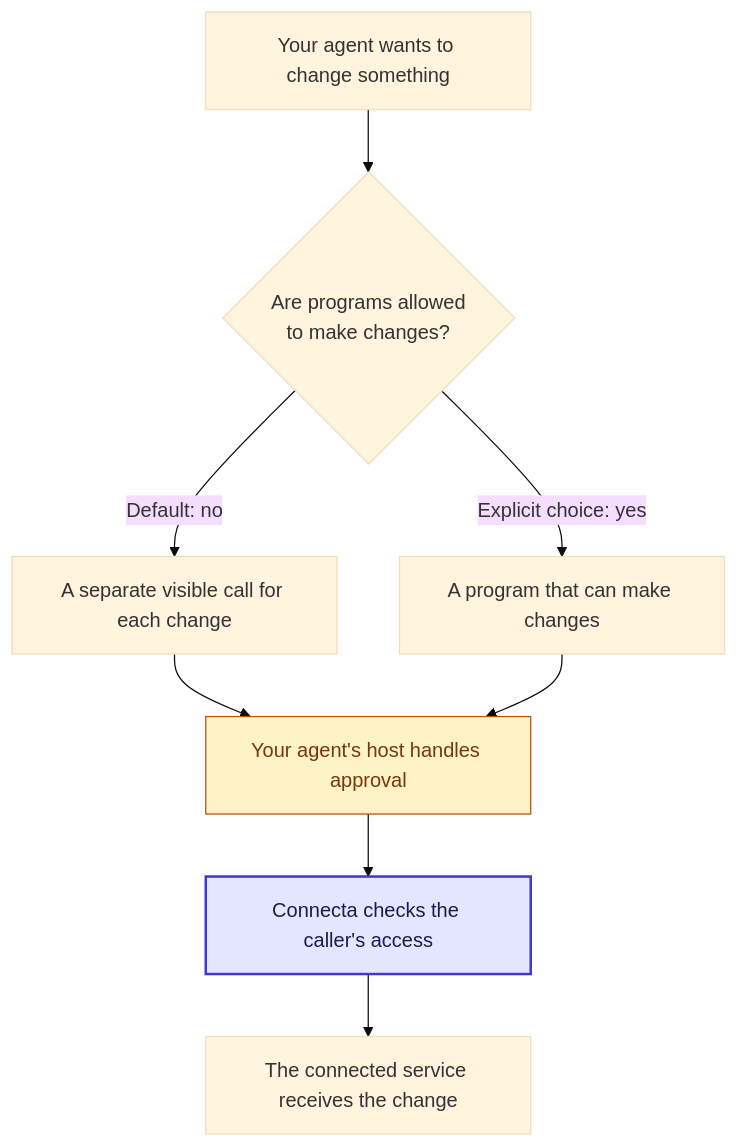
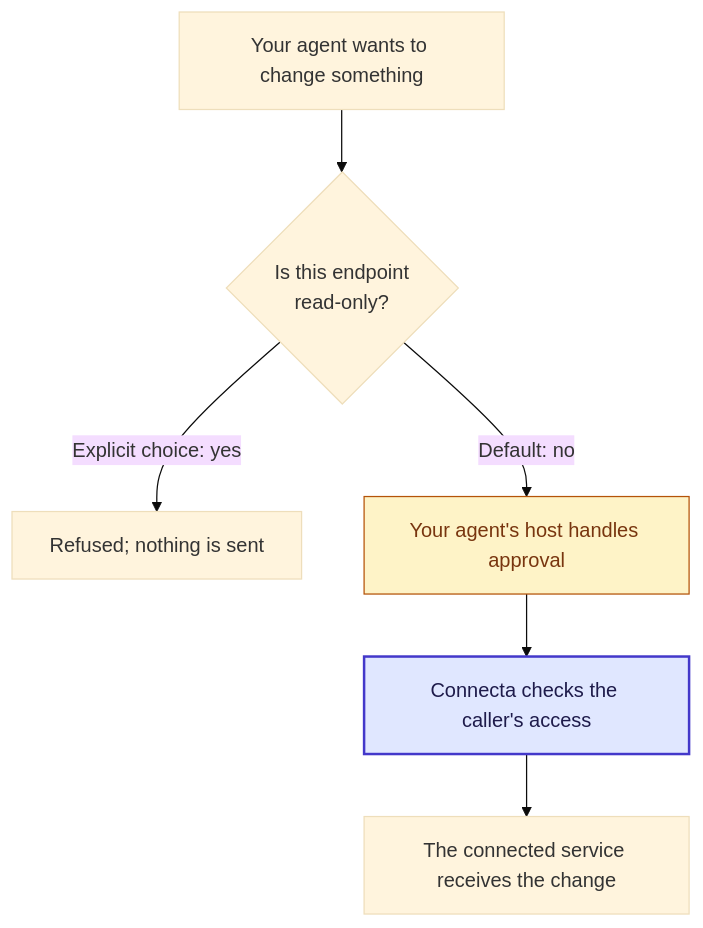
One commit to zackbart/connecta changed the third of 3 diagrams in README.md. Above: the diagram before and after it, drawn with Mermaid (base theme). The commit also changed other lines of this file and 155 other files, not shown here.

First line of the commit message:
Replace pool trust with a readOnly flag (#820) (#822)

````diff
--- a/README.md
+++ b/README.md
@@ -95,13 +98,11 @@
 ```mermaid
 flowchart TB
-    Change["Your agent wants to change something"] --> Choice{"Are programs allowed<br/>to make changes?"}
-    Choice -->|"Default: no"| Separate["A separate visible call for each change"]
-    Choice -->|"Explicit choice: yes"| Program["A program that can make changes"]
-    Separate --> Host["Your agent's host handles approval"]
-    Program --> Host
+    Change["Your agent wants to change something"] --> Choice{"Is this endpoint<br/>read-only?"}
+    Choice -->|"Explicit choice: yes"| Refused["Refused; nothing is sent"]
+    Choice -->|"Default: no"| Host["Your agent's host handles approval"]
     Host --> Access["Connecta checks the caller's access"]
     Access --> Services["The connected service receives the change"]
 
     style Host fill:#fef3c7,stroke:#b45309,color:#78350f
     style Access fill:#e0e7ff,stroke:#4338ca,color:#1e1b4b,stroke-width:2px
 ```
````
